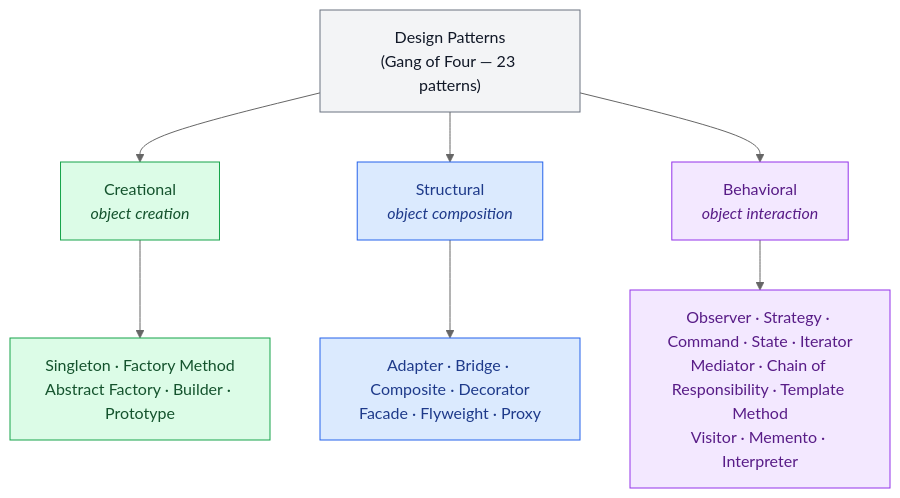
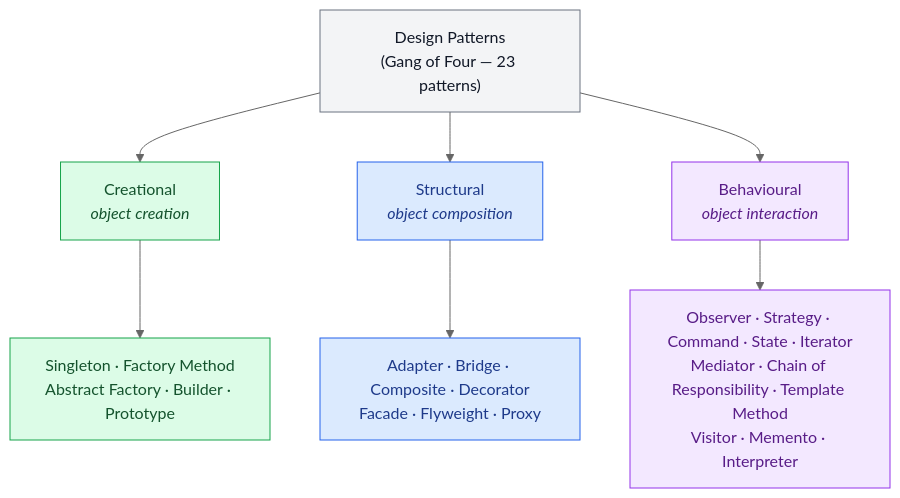
The diagram in 04-design-patterns/00-introduction-design-patterns.md (ani2fun/low-level-design-guide), drawn with Mermaid (neutral theme) before and after one commit. The commit also changed other lines of this file and 2 other files, not shown here.

````diff
--- a/04-design-patterns/00-introduction-design-patterns.md
+++ b/04-design-patterns/00-introduction-design-patterns.md
@@ -34,18 +207,18 @@
 ```mermaid
 flowchart TD
     GoF["Design Patterns<br/>(Gang of Four — 23 patterns)"]
     GoF --> C["Creational<br/><i>object creation</i>"]
     GoF --> S["Structural<br/><i>object composition</i>"]
-    GoF --> B["Behavioral<br/><i>object interaction</i>"]
+    GoF --> B["Behavioural<br/><i>object interaction</i>"]
     C --> Cx["Singleton · Factory Method<br/>Abstract Factory · Builder · Prototype"]
     S --> Sx["Adapter · Bridge · Composite · Decorator<br/>Facade · Flyweight · Proxy"]
     B --> Bx["Observer · Strategy · Command · State · Iterator<br/>Mediator · Chain of Responsibility · Template Method<br/>Visitor · Memento · Interpreter"]
     classDef root fill:#f3f4f6,stroke:#6b7280,color:#111827;
     classDef creational fill:#dcfce7,stroke:#16a34a,color:#14532d;
     classDef structural fill:#dbeafe,stroke:#2563eb,color:#1e3a8a;
     classDef behavioral fill:#f3e8ff,stroke:#9333ea,color:#581c87;
     class GoF root;
     class C,Cx creational;
     class S,Sx structural;
     class B,Bx behavioral;
 ```
````
